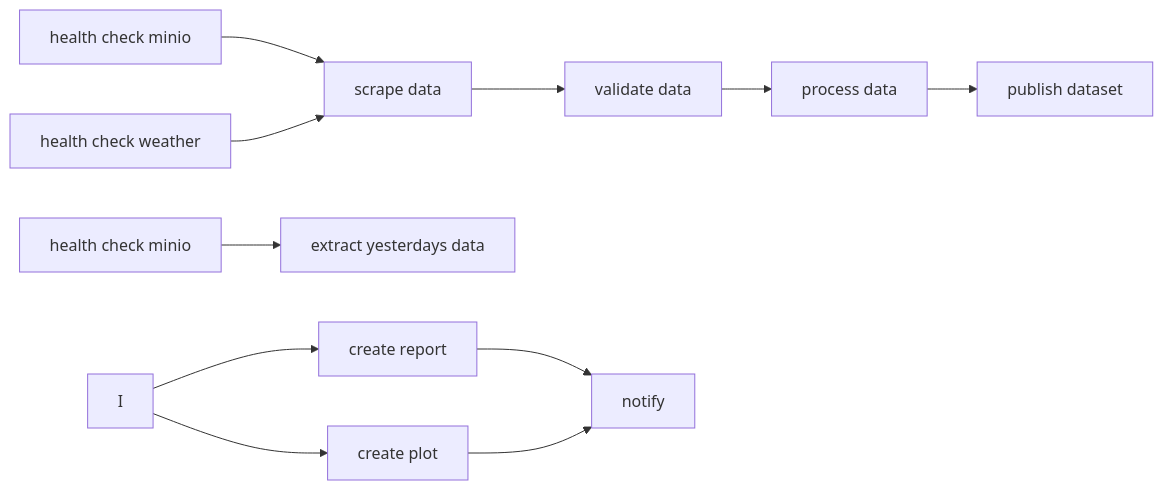
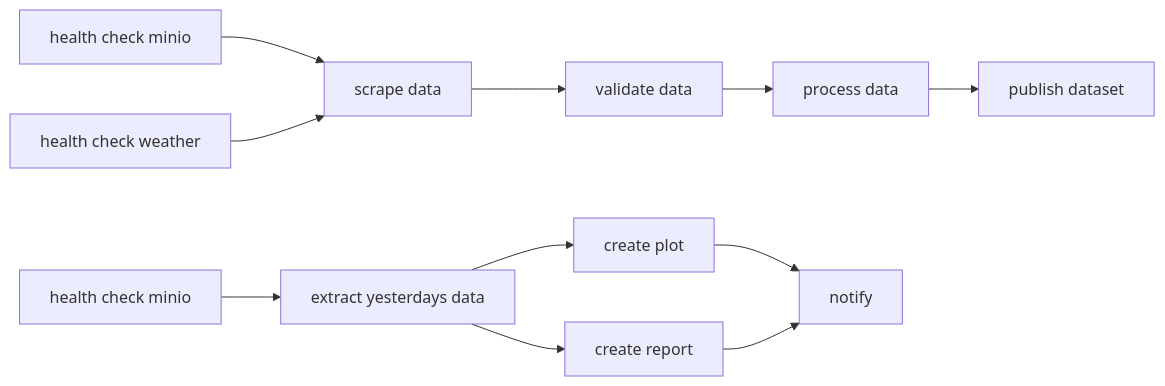
The diagram in readme.md (bletvaska/airflow101), drawn with Mermaid before and after one commit.

Commit message:
refaktoring

````diff
--- a/readme.md
+++ b/readme.md
@@ -36,14 +36,14 @@
 ```mermaid
 graph LR
     A[health check minio] --> B[scrape data]
     C[health check weather] --> B
     B --> D[validate data]
     D --> E[process data]
     E --> F[publish dataset]
 
     G[health check minio] --> H[extract yesterdays data]
-    I --> J[create report]
-    I --> K[create plot]
-    J --> L[notify]
-    K --> L
+    H --> I[create report]
+    H --> J[create plot]
+    J --> K[notify]
+    I --> K
 ```
````
